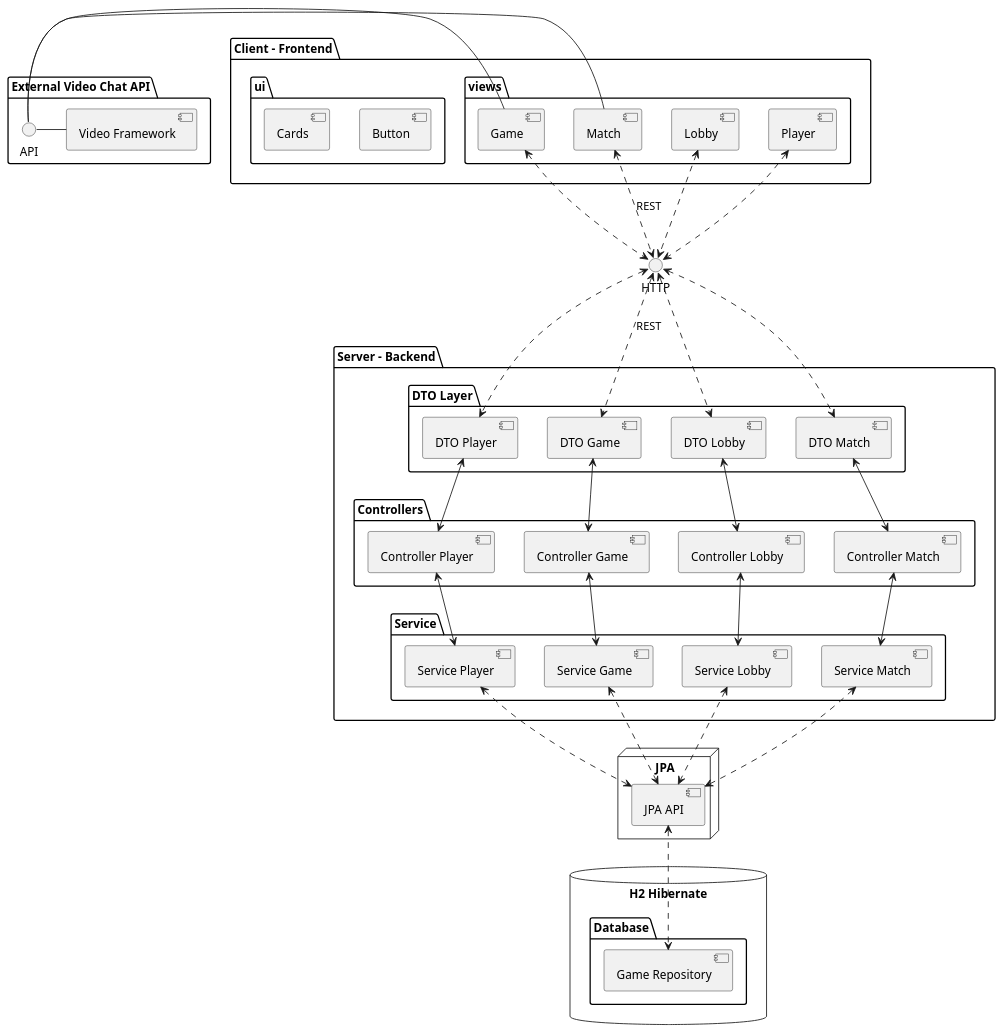
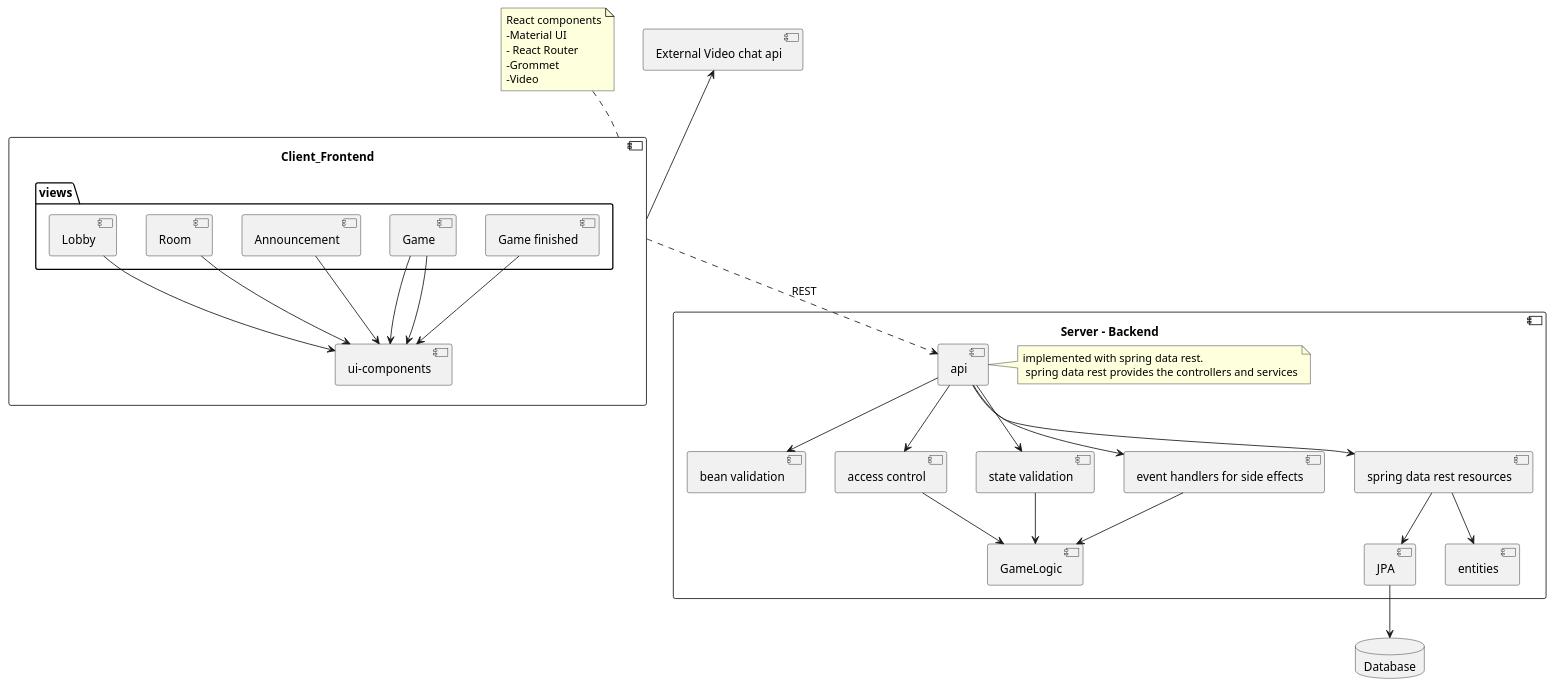
Before and after one commit to sopra-fs22-group-36/screw-your-neighbor-server: the diagram in doc/m2/uml/component_diagram.puml, drawn with PlantUML. The commit also changed 2 other files, not shown here.

Commit message:
uml: move components from class_diagram.puml to component_diagram.puml
And apply changes from uml branch.

```diff
--- a/doc/m2/uml/component_diagram.puml
+++ b/doc/m2/uml/component_diagram.puml
@@ -1,80 +1,66 @@
 @startuml
 'https://plantuml.com/component-diagram
 
-package "Client - Frontend" {
+component "Client_Frontend" {
     folder "views" {
         [Lobby]
+        [Room]
+        [Announcement]
         [Game]
-        [Match]
-        [Player]
+        [Game finished]
     }
-    folder "ui" {
-        [Button]
-        [Cards]
-    }
+    component [ui-components]
+
+    [Lobby] --> [ui-components]
+    [Room] --> [ui-components]
+    [Game] --> [ui-components]
+    [Announcement] --> [ui-components]
+    [Game] --> [ui-components]
+    [Game finished] --> [ui-components]
+}
+note top of Client_Frontend: React components\n-Material UI\n- React Router\n-Grommet\n-Video
+
+component [External Video chat api]
+
+component "Server - Backend" {
+    component [api]
+    note right of api: implemented with spring data rest. \n spring data rest provides the controllers and services
+
+    component [bean validation]
+
+    component [access control]
+
+    component [state validation]
+
+    component [spring data rest resources]
+
+    component [entities]
+
+    component [JPA]
+
+    component [event handlers for side effects]
+
+    component [GameLogic]
+
+    api --> [bean validation]
+    api --> [access control]
+    api --> [state validation]
+    api --> [spring data rest resources]
+    api --> [event handlers for side effects]
+
+    [spring data rest resources] --> [entities]
+    [spring data rest resources] --> [JPA]
+
+    [access control] --> [GameLogic]
+    [state validation] --> [GameLogic]
+    [event handlers for side effects] --> [GameLogic]
 }
 
-package "External Video Chat API" {
-    API - [Video Framework]
-}
+database Database
 
-package "Server - Backend" {
-    folder "DTO Layer" {
-        [DTO Player]
-        [DTO Game]
-        [DTO Lobby]
-        [DTO Match]
-    }
-    folder "Controllers" {
-        [Controller Player]
-        [Controller Game]
-        [Controller Lobby]
-        [Controller Match]
-    }
-    folder "Service" {
-        [Service Player]
-        [Service Game]
-        [Service Lobby]
-        [Service Match]
-    }
-}
+Client_Frontend ..> [api]: REST
+[External Video chat api] <-- Client_Frontend
 
-node "JPA" {
-    [JPA API]
-}
-database "H2 Hibernate" {
-  folder "Database" {
-    [Game Repository]
-  }
-}
-
-[Service Game] <..> [JPA API]
-[Service Player] <..> [JPA API]
-[Service Match] <..> [JPA API]
-[Service Lobby] <..> [JPA API]
-[JPA API] <..> [Game Repository]
-
-[Match] <..> HTTP : REST
-HTTP <..> [DTO Match]
-[Game] <..> HTTP
-HTTP <..> [DTO Game] : REST
-[Lobby] <..> HTTP
-HTTP <..> [DTO Lobby]
-[Player] <..> HTTP
-HTTP <..> [DTO Player]
-
-[Game] - API
-[Match] - API
-
-[DTO Player] <--> [Controller Player]
-[DTO Game] <--> [Controller Game]
-[DTO Lobby] <--> [Controller Lobby]
-[DTO Match] <--> [Controller Match]
-
-
-[Controller Player] <--> [Service Player]
-[Controller Game]   <--> [Service Game]
-[Controller Lobby]  <--> [Service Lobby]
-[Controller Match]  <--> [Service Match]
+[JPA] --> Database
 
 @enduml
```
